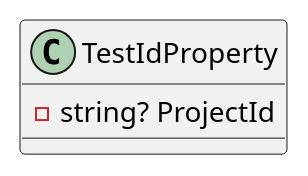
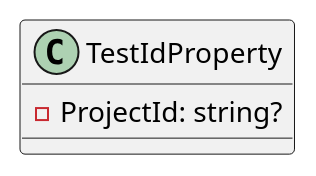
One commit to mwwhited-forks/dotnet-libs changed the third of 5 diagrams in docs/generated/Framework/Eliassen.System.Tests/TestTargets/Documentation.md. Above: the diagram before and after it, drawn with PlantUML. The commit also changed other lines of this file and 444 other files, not shown here.

````diff
--- a/docs/generated/Framework/Eliassen.System.Tests/TestTargets/Documentation.md
+++ b/docs/generated/Framework/Eliassen.System.Tests/TestTargets/Documentation.md
@@ -64,7 +35,7 @@
 ```plantuml
 @startuml
 class TestIdProperty {
-  - string? ProjectId
+  - ProjectId: string?
 }
 @enduml
 ```
````
